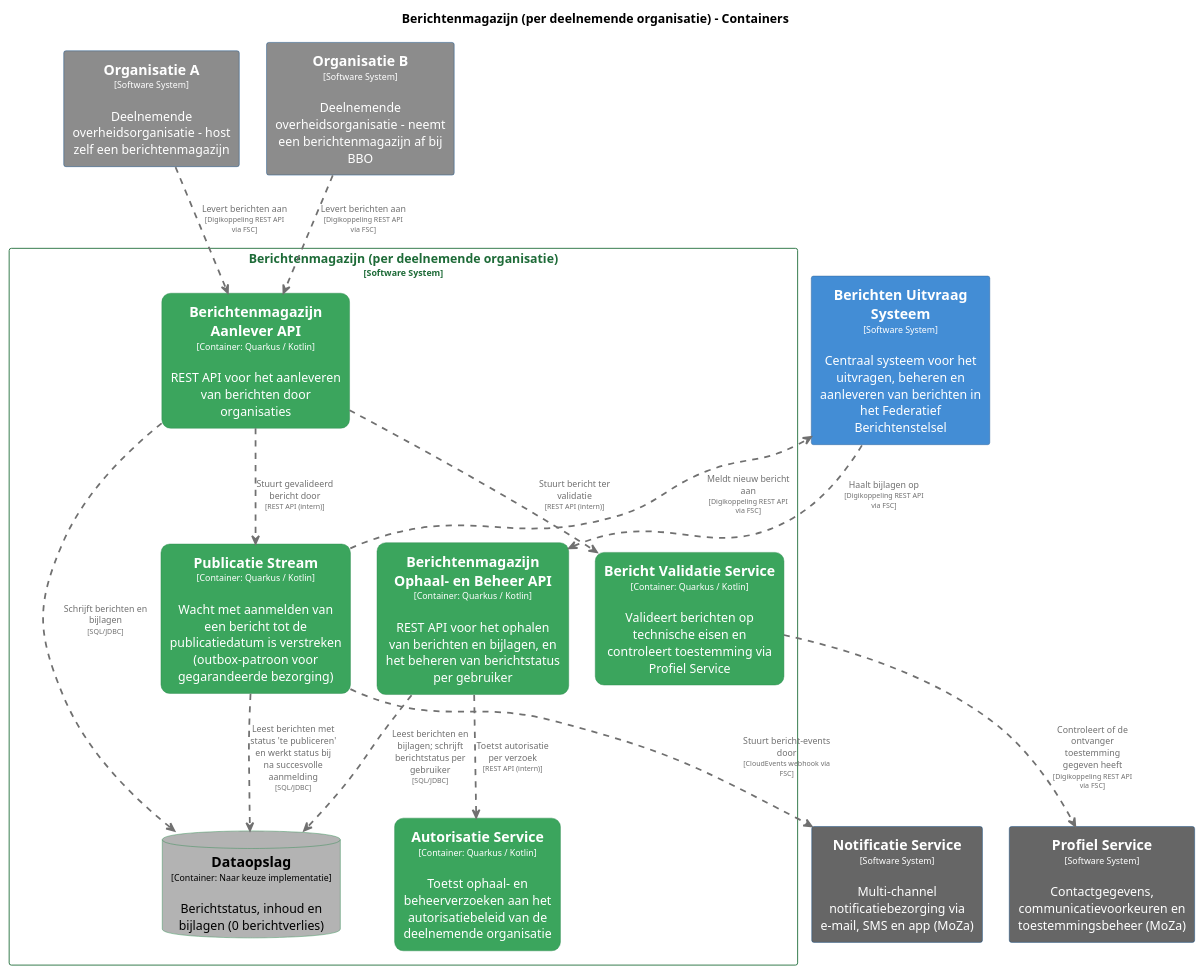
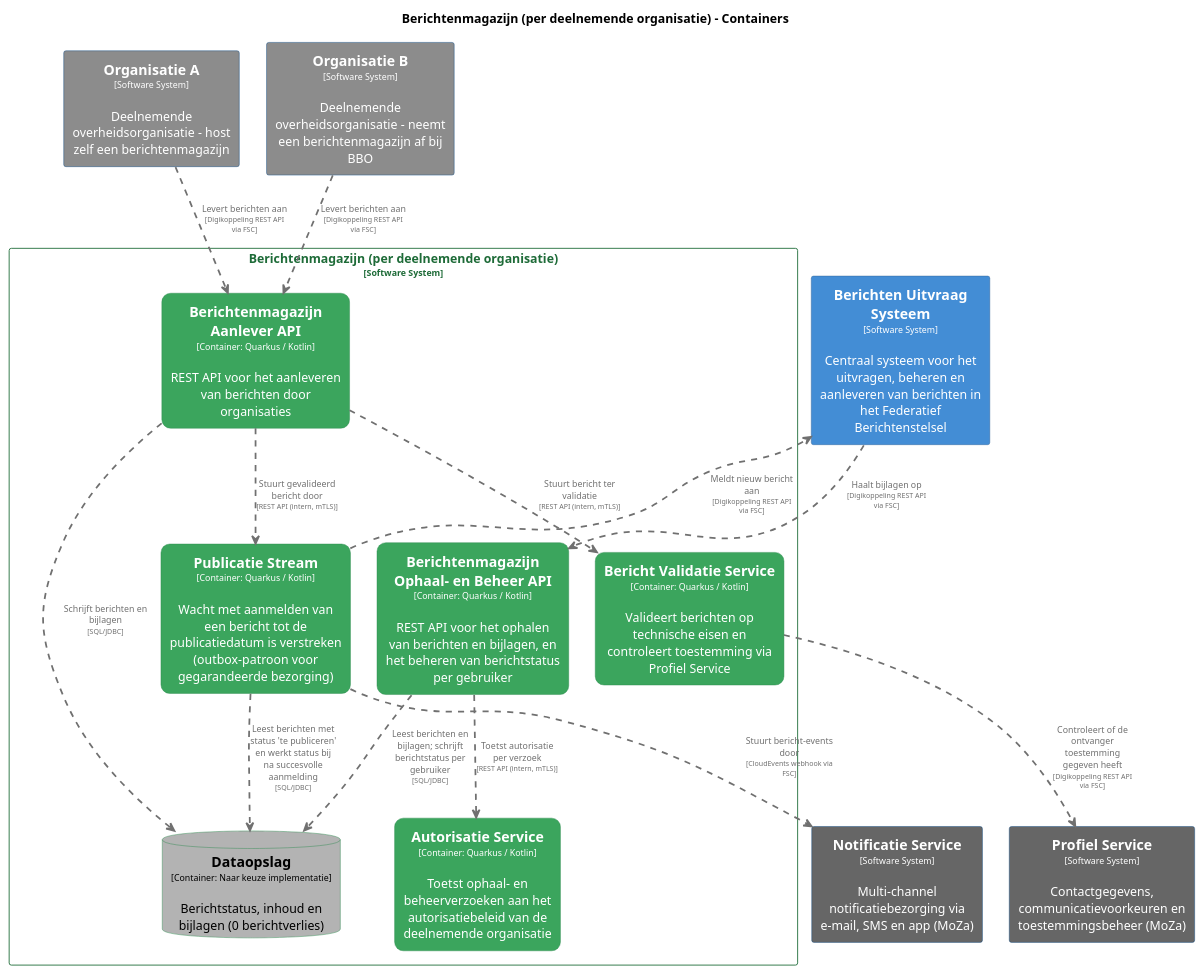
One commit to MinBZK/moza-poc-fbs-berichtenbox changed the diagram in pr-preview/pr-22/master/puml/BerichtenmagazijnContainers.puml. Above: the diagram before and after it, drawn with PlantUML. The commit also changed 15 other files, not shown here.

```diff
--- a/pr-preview/pr-22/master/puml/BerichtenmagazijnContainers.puml
+++ b/pr-preview/pr-22/master/puml/BerichtenmagazijnContainers.puml
@@ -1,122 +1,122 @@
 @startuml
 set separator none
 title Berichtenmagazijn (per deelnemende organisatie) - Containers
 
 top to bottom direction
 skinparam ranksep 60
 skinparam nodesep 30
 
 skinparam {
   arrowFontSize 10
   defaultTextAlignment center
   wrapWidth 200
   maxMessageSize 100
 }
 
 hide stereotype
 
 skinparam rectangle<<Berichtenmagazijnperdeelnemendeorganisatie.AutorisatieService>> {
   BackgroundColor #3ba55d
   FontColor #ffffff
   BorderColor #2d8a4e
   roundCorner 20
   shadowing false
 }
 skinparam rectangle<<Berichtenmagazijnperdeelnemendeorganisatie.BerichtValidatieService>> {
   BackgroundColor #3ba55d
   FontColor #ffffff
   BorderColor #2d8a4e
   roundCorner 20
   shadowing false
 }
 skinparam rectangle<<BerichtenUitvraagSysteem>> {
   BackgroundColor #438dd5
   FontColor #ffffff
   BorderColor #2e6295
   shadowing false
 }
 skinparam rectangle<<Berichtenmagazijnperdeelnemendeorganisatie.BerichtenmagazijnAanleverAPI>> {
   BackgroundColor #3ba55d
   FontColor #ffffff
   BorderColor #2d8a4e
   roundCorner 20
   shadowing false
 }
 skinparam rectangle<<Berichtenmagazijnperdeelnemendeorganisatie.BerichtenmagazijnOphaalenBeheerAPI>> {
   BackgroundColor #3ba55d
   FontColor #ffffff
   BorderColor #2d8a4e
   roundCorner 20
   shadowing false
 }
 skinparam database<<Berichtenmagazijnperdeelnemendeorganisatie.Dataopslag>> {
   BackgroundColor #b3b3b3
   FontColor #000000
   BorderColor #2d8a4e
   shadowing false
 }
 skinparam rectangle<<NotificatieService>> {
   BackgroundColor #666666
   FontColor #ffffff
   BorderColor #0b4884
   shadowing false
 }
 skinparam rectangle<<OrganisatieA>> {
   BackgroundColor #8c8c8c
   FontColor #ffffff
   BorderColor #0b4884
   shadowing false
 }
 skinparam rectangle<<OrganisatieB>> {
   BackgroundColor #8c8c8c
   FontColor #ffffff
   BorderColor #0b4884
   shadowing false
 }
 skinparam rectangle<<ProfielService>> {
   BackgroundColor #666666
   FontColor #ffffff
   BorderColor #0b4884
   shadowing false
 }
 skinparam rectangle<<Berichtenmagazijnperdeelnemendeorganisatie.PublicatieStream>> {
   BackgroundColor #3ba55d
   FontColor #ffffff
   BorderColor #2d8a4e
   roundCorner 20
   shadowing false
 }
 skinparam rectangle<<Berichtenmagazijnperdeelnemendeorganisatie>> {
   BorderColor #1e6b38
   FontColor #1e6b38
   shadowing false
 }
 
 rectangle "==Profiel Service\n<size:10>[Software System]</size>\n\nContactgegevens, communicatievoorkeuren en toestemmingsbeheer (MoZa)" <<ProfielService>> as ProfielService
 rectangle "==Notificatie Service\n<size:10>[Software System]</size>\n\nMulti-channel notificatiebezorging via e-mail, SMS en app (MoZa)" <<NotificatieService>> as NotificatieService
 rectangle "==Organisatie A\n<size:10>[Software System]</size>\n\nDeelnemende overheidsorganisatie - host zelf een berichtenmagazijn" <<OrganisatieA>> as OrganisatieA
 rectangle "==Organisatie B\n<size:10>[Software System]</size>\n\nDeelnemende overheidsorganisatie - neemt een berichtenmagazijn af bij BBO" <<OrganisatieB>> as OrganisatieB
 rectangle "==Berichten Uitvraag Systeem\n<size:10>[Software System]</size>\n\nCentraal systeem voor het uitvragen, beheren en aanleveren van berichten in het Federatief Berichtenstelsel" <<BerichtenUitvraagSysteem>> as BerichtenUitvraagSysteem
 
 rectangle "Berichtenmagazijn (per deelnemende organisatie)\n<size:10>[Software System]</size>" <<Berichtenmagazijnperdeelnemendeorganisatie>> {
   rectangle "==Berichtenmagazijn Ophaal- en Beheer API\n<size:10>[Container: Quarkus / Kotlin]</size>\n\nREST API voor het ophalen van berichten en bijlagen, en het beheren van berichtstatus per gebruiker" <<Berichtenmagazijnperdeelnemendeorganisatie.BerichtenmagazijnOphaalenBeheerAPI>> as Berichtenmagazijnperdeelnemendeorganisatie.BerichtenmagazijnOphaalenBeheerAPI
   rectangle "==Berichtenmagazijn Aanlever API\n<size:10>[Container: Quarkus / Kotlin]</size>\n\nREST API voor het aanleveren van berichten door organisaties" <<Berichtenmagazijnperdeelnemendeorganisatie.BerichtenmagazijnAanleverAPI>> as Berichtenmagazijnperdeelnemendeorganisatie.BerichtenmagazijnAanleverAPI
   database "==Dataopslag\n<size:10>[Container: Naar keuze implementatie]</size>\n\nBerichtstatus, inhoud en bijlagen (0 berichtverlies)" <<Berichtenmagazijnperdeelnemendeorganisatie.Dataopslag>> as Berichtenmagazijnperdeelnemendeorganisatie.Dataopslag
   rectangle "==Bericht Validatie Service\n<size:10>[Container: Quarkus / Kotlin]</size>\n\nValideert berichten op technische eisen en controleert toestemming via Profiel Service" <<Berichtenmagazijnperdeelnemendeorganisatie.BerichtValidatieService>> as Berichtenmagazijnperdeelnemendeorganisatie.BerichtValidatieService
   rectangle "==Publicatie Stream\n<size:10>[Container: Quarkus / Kotlin]</size>\n\nWacht met aanmelden van een bericht tot de publicatiedatum is verstreken (outbox-patroon voor gegarandeerde bezorging)" <<Berichtenmagazijnperdeelnemendeorganisatie.PublicatieStream>> as Berichtenmagazijnperdeelnemendeorganisatie.PublicatieStream
   rectangle "==Autorisatie Service\n<size:10>[Container: Quarkus / Kotlin]</size>\n\nToetst ophaal- en beheerverzoeken aan het autorisatiebeleid van de deelnemende organisatie" <<Berichtenmagazijnperdeelnemendeorganisatie.AutorisatieService>> as Berichtenmagazijnperdeelnemendeorganisatie.AutorisatieService
 }
 
 Berichtenmagazijnperdeelnemendeorganisatie.PublicatieStream .[#707070,thickness=2].> BerichtenUitvraagSysteem : "<color:#707070>Meldt nieuw bericht aan\n<color:#707070><size:8>[Digikoppeling REST API via FSC]</size>"
 Berichtenmagazijnperdeelnemendeorganisatie.PublicatieStream .[#707070,thickness=2].> NotificatieService : "<color:#707070>Stuurt bericht-events door\n<color:#707070><size:8>[CloudEvents webhook via FSC]</size>"
 OrganisatieA .[#707070,thickness=2].> Berichtenmagazijnperdeelnemendeorganisatie.BerichtenmagazijnAanleverAPI : "<color:#707070>Levert berichten aan\n<color:#707070><size:8>[Digikoppeling REST API via FSC]</size>"
 OrganisatieB .[#707070,thickness=2].> Berichtenmagazijnperdeelnemendeorganisatie.BerichtenmagazijnAanleverAPI : "<color:#707070>Levert berichten aan\n<color:#707070><size:8>[Digikoppeling REST API via FSC]</size>"
 Berichtenmagazijnperdeelnemendeorganisatie.BerichtValidatieService .[#707070,thickness=2].> ProfielService : "<color:#707070>Controleert of de ontvanger toestemming gegeven heeft\n<color:#707070><size:8>[Digikoppeling REST API via FSC]</size>"
 Berichtenmagazijnperdeelnemendeorganisatie.BerichtenmagazijnOphaalenBeheerAPI .[#707070,thickness=2].> Berichtenmagazijnperdeelnemendeorganisatie.Dataopslag : "<color:#707070>Leest berichten en bijlagen; schrijft berichtstatus per gebruiker\n<color:#707070><size:8>[SQL/JDBC]</size>"
 Berichtenmagazijnperdeelnemendeorganisatie.BerichtenmagazijnAanleverAPI .[#707070,thickness=2].> Berichtenmagazijnperdeelnemendeorganisatie.Dataopslag : "<color:#707070>Schrijft berichten en bijlagen\n<color:#707070><size:8>[SQL/JDBC]</size>"
-Berichtenmagazijnperdeelnemendeorganisatie.BerichtenmagazijnAanleverAPI .[#707070,thickness=2].> Berichtenmagazijnperdeelnemendeorganisatie.BerichtValidatieService : "<color:#707070>Stuurt bericht ter validatie\n<color:#707070><size:8>[REST API (intern)]</size>"
-Berichtenmagazijnperdeelnemendeorganisatie.BerichtenmagazijnAanleverAPI .[#707070,thickness=2].> Berichtenmagazijnperdeelnemendeorganisatie.PublicatieStream : "<color:#707070>Stuurt gevalideerd bericht door\n<color:#707070><size:8>[REST API (intern)]</size>"
+Berichtenmagazijnperdeelnemendeorganisatie.BerichtenmagazijnAanleverAPI .[#707070,thickness=2].> Berichtenmagazijnperdeelnemendeorganisatie.BerichtValidatieService : "<color:#707070>Stuurt bericht ter validatie\n<color:#707070><size:8>[REST API (intern, mTLS)]</size>"
+Berichtenmagazijnperdeelnemendeorganisatie.BerichtenmagazijnAanleverAPI .[#707070,thickness=2].> Berichtenmagazijnperdeelnemendeorganisatie.PublicatieStream : "<color:#707070>Stuurt gevalideerd bericht door\n<color:#707070><size:8>[REST API (intern, mTLS)]</size>"
 Berichtenmagazijnperdeelnemendeorganisatie.PublicatieStream .[#707070,thickness=2].> Berichtenmagazijnperdeelnemendeorganisatie.Dataopslag : "<color:#707070>Leest berichten met status 'te publiceren' en werkt status bij na succesvolle aanmelding\n<color:#707070><size:8>[SQL/JDBC]</size>"
-Berichtenmagazijnperdeelnemendeorganisatie.BerichtenmagazijnOphaalenBeheerAPI .[#707070,thickness=2].> Berichtenmagazijnperdeelnemendeorganisatie.AutorisatieService : "<color:#707070>Toetst autorisatie per verzoek\n<color:#707070><size:8>[REST API (intern)]</size>"
+Berichtenmagazijnperdeelnemendeorganisatie.BerichtenmagazijnOphaalenBeheerAPI .[#707070,thickness=2].> Berichtenmagazijnperdeelnemendeorganisatie.AutorisatieService : "<color:#707070>Toetst autorisatie per verzoek\n<color:#707070><size:8>[REST API (intern, mTLS)]</size>"
 BerichtenUitvraagSysteem .[#707070,thickness=2].> Berichtenmagazijnperdeelnemendeorganisatie.BerichtenmagazijnOphaalenBeheerAPI : "<color:#707070>Haalt bijlagen op\n<color:#707070><size:8>[Digikoppeling REST API via FSC]</size>"
 @enduml
```
